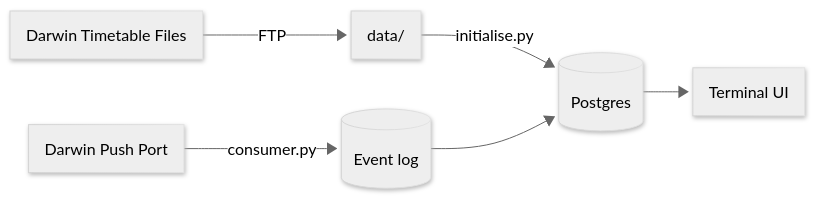
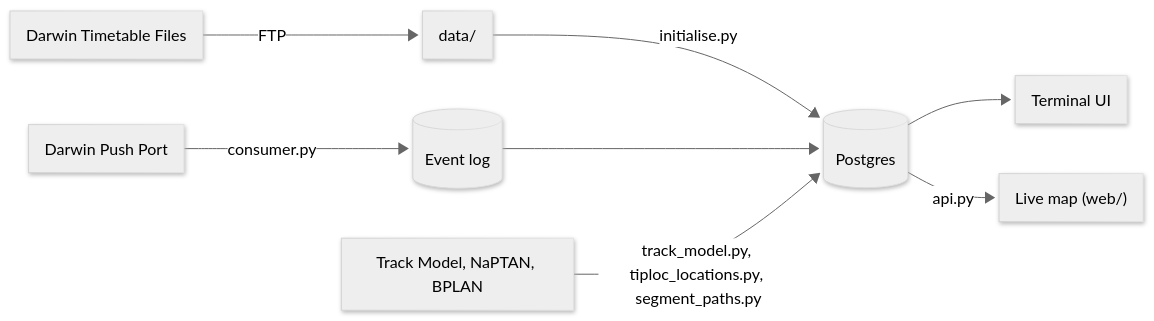
One commit to james-uea/TrainTrack changed the diagram in README.md. Above: the diagram before and after it, drawn with Mermaid. The commit also changed other lines of this file and 12 other files, not shown here.

````diff
--- a/README.md
+++ b/README.md
@@ -7,17 +7,19 @@
 ```mermaid
 ---
 config:
   layout: fixed
   theme: neutral
   look: neo
   fontFamily: '''Source Code Pro Variable'', monospace'
   themeVariables:
     fontFamily: '''Source Code Pro Variable'', monospace'
 ---
 flowchart LR
     TT["Darwin Timetable Files"] -- FTP --> DATA["data/"]
     DATA -- "initialise.py" --> DB[("Postgres")]
     PP["Darwin Push Port"] -- "consumer.py" --> EV[("Event log")]
     EV --> DB
+    TM["Track Model, NaPTAN, BPLAN"] -- "track_model.py, tiploc_locations.py, segment_paths.py" --> DB
     DB --> TUI["Terminal UI"]
+    DB -- "api.py" --> MAP["Live map (web/)"]
 ```
````
